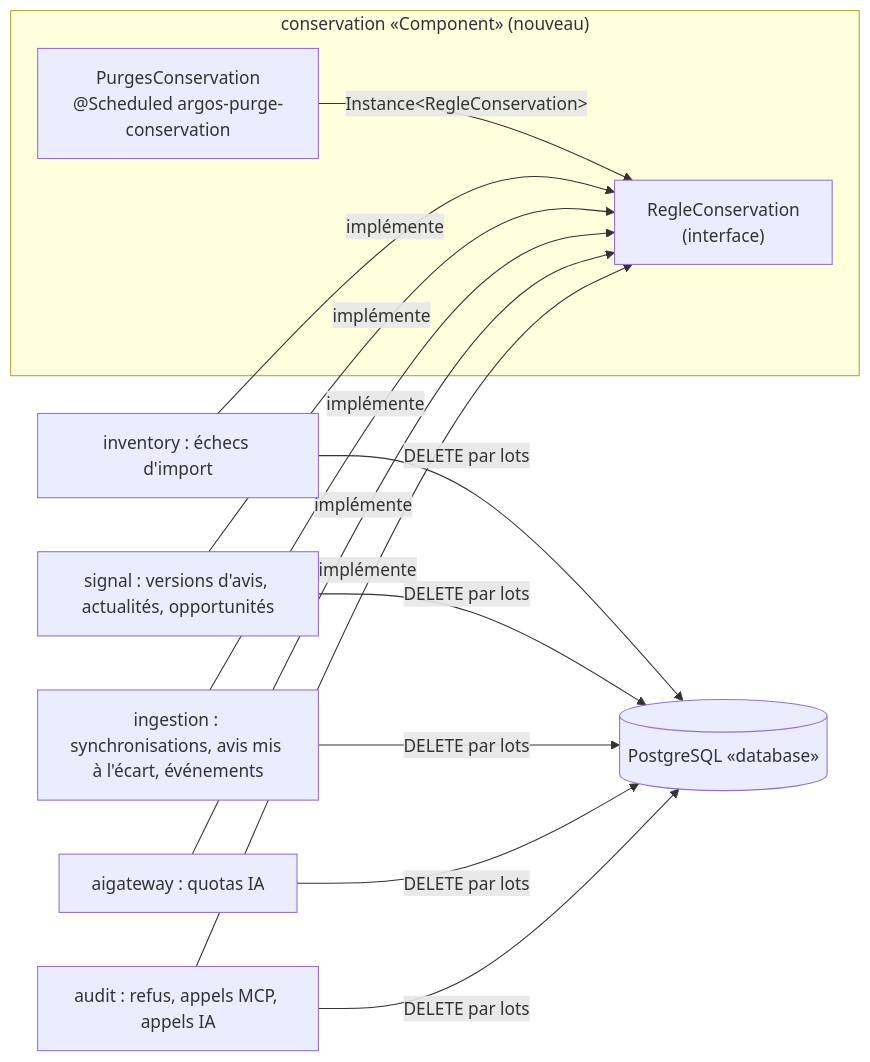
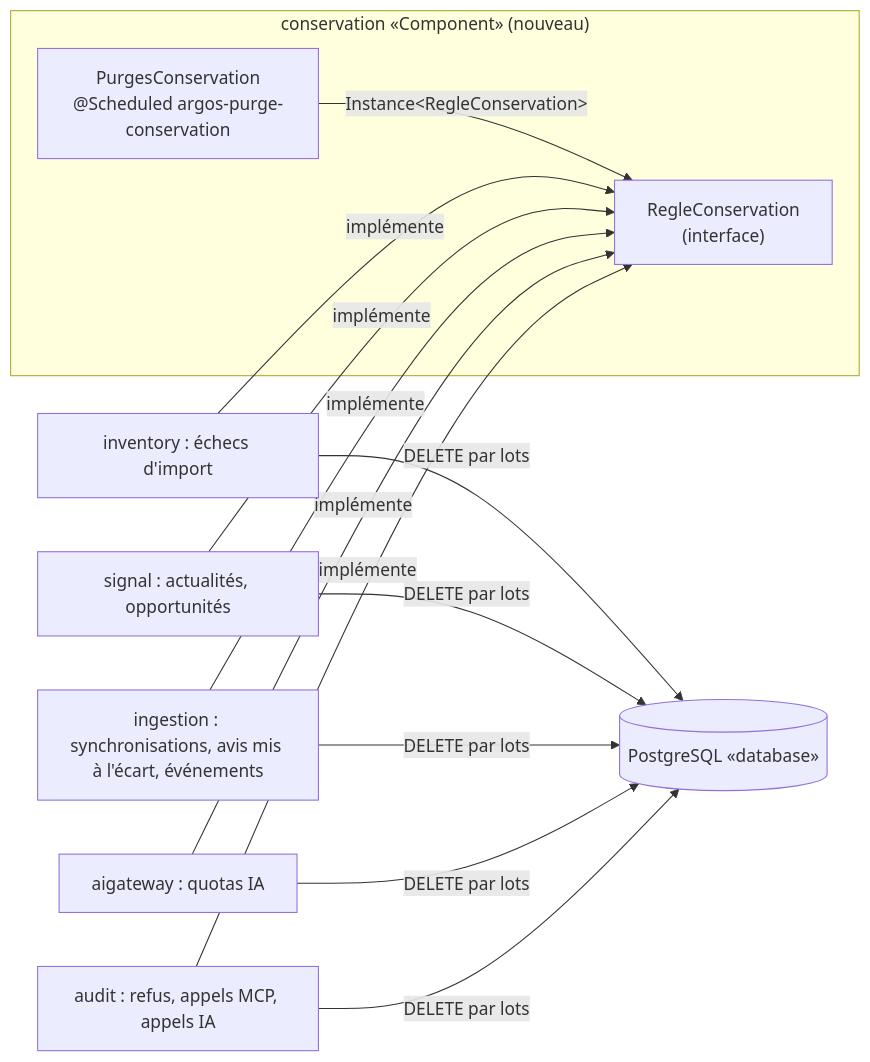
Before and after one commit to FTurleque/argos-tech-platform: the first of 4 diagrams in openspec/changes/retenir-importer-et-paginer/design.md, drawn with Mermaid. The commit also changed other lines of this file and 39 other files, not shown here.

````diff
--- a/openspec/changes/retenir-importer-et-paginer/design.md
+++ b/openspec/changes/retenir-importer-et-paginer/design.md
@@ -49,15 +49,15 @@
 ```mermaid
 flowchart LR
     subgraph conservation["conservation «Component» (nouveau)"]
         tache["PurgesConservation\n@Scheduled argos-purge-conservation"]
         contrat["RegleConservation\n(interface)"]
     end
     audit["audit : refus, appels MCP, appels IA"] -- implémente --> contrat
     aigateway["aigateway : quotas IA"] -- implémente --> contrat
     ingestion["ingestion : synchronisations, avis mis à l'écart, événements"] -- implémente --> contrat
-    signal["signal : versions d'avis, actualités, opportunités"] -- implémente --> contrat
+    signal["signal : actualités, opportunités"] -- implémente --> contrat
     inventory["inventory : échecs d'import"] -- implémente --> contrat
     tache -- "Instance&lt;RegleConservation&gt;" --> contrat
     base[("PostgreSQL «database»")]
     audit & aigateway & ingestion & signal & inventory -- "DELETE par lots" --> base
 ```
````
